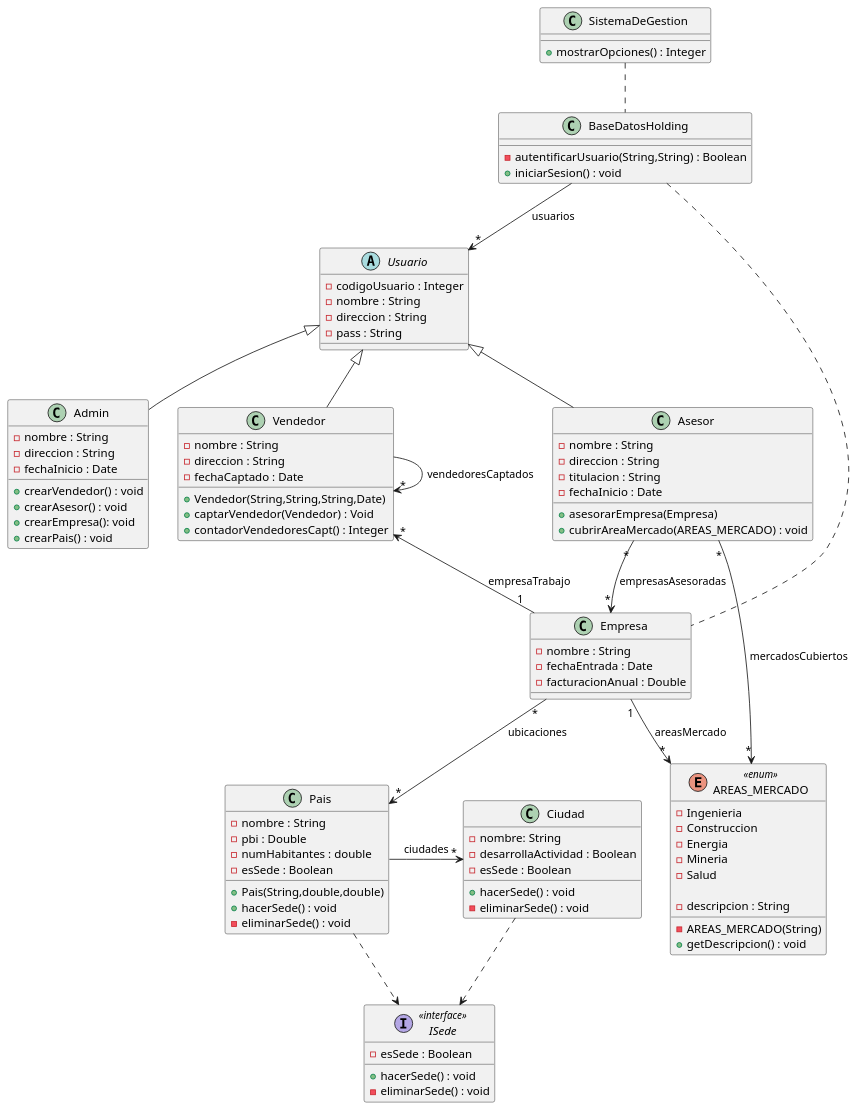
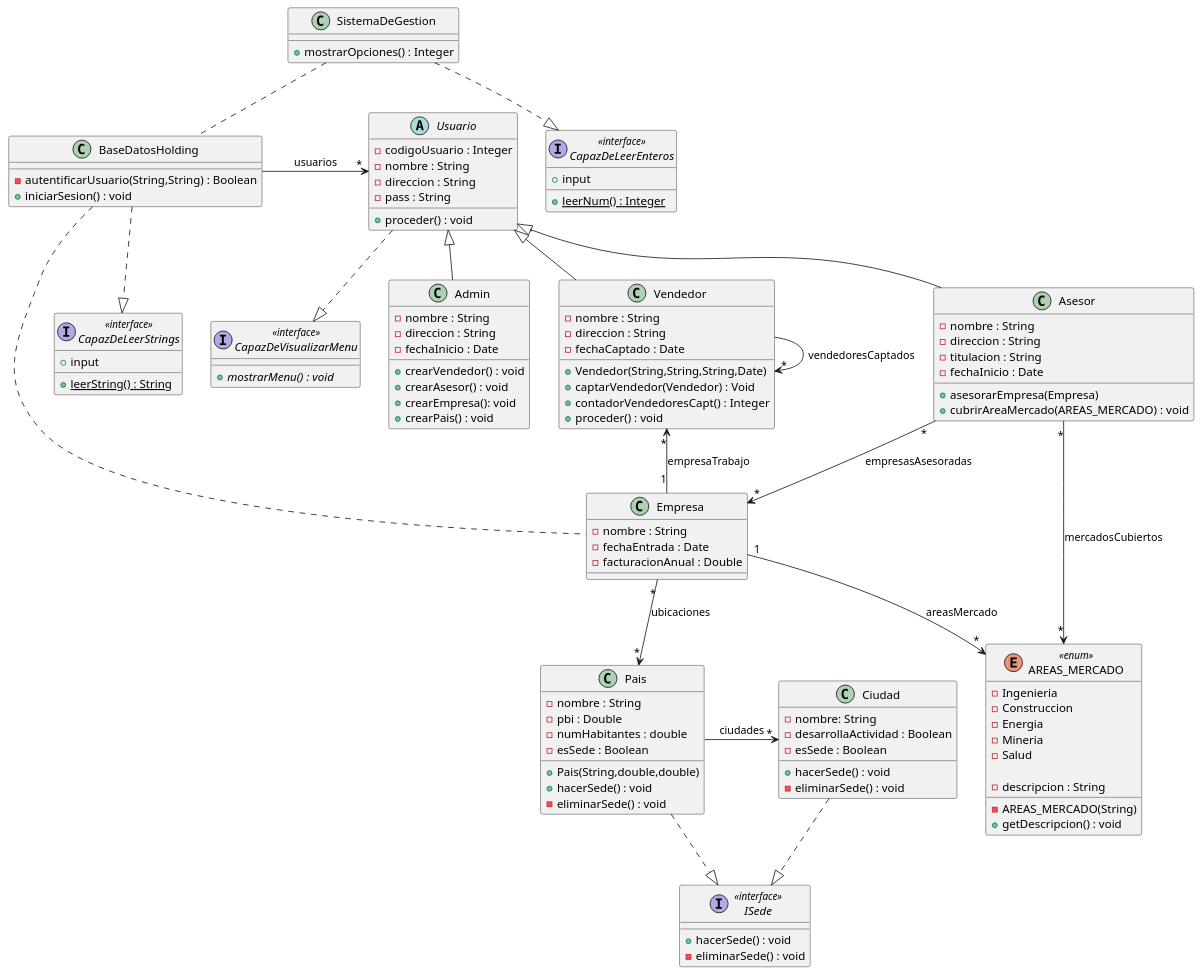
One commit to maxi-stein/Proyecto-Programacion-2 changed the diagram in proyecto-programacion2/src/holding/diagrama-de-clases.puml. Above: the diagram before and after it, drawn with PlantUML. The commit also changed 3 other files, not shown here.

Commit message:
Se agregan interfaces y modifica diagrama de clases

```diff
--- a/proyecto-programacion2/src/holding/diagrama-de-clases.puml
+++ b/proyecto-programacion2/src/holding/diagrama-de-clases.puml
@@ -1,109 +1,128 @@
 @startuml
 class SistemaDeGestion{
 +mostrarOpciones() : Integer
 }
 
 class BaseDatosHolding{
 -autentificarUsuario(String,String) : Boolean
 +iniciarSesion() : void
 }
 
 abstract Usuario{
 -codigoUsuario : Integer
 -nombre : String
 -direccion : String
 -pass : String
+
++proceder() : void
 }
 
 class Vendedor extends Usuario{
     -nombre : String
     -direccion : String
     -fechaCaptado : Date
     +Vendedor(String,String,String,Date)
     +captarVendedor(Vendedor) : Void
     +contadorVendedoresCapt() : Integer
+    +proceder() : void
 }
 
 class Empresa{
     -nombre : String
     -fechaEntrada : Date
     -facturacionAnual : Double
 
 }
 
 enum  AREAS_MERCADO <<enum>> {
     -Ingenieria
     -Construccion
     -Energia
     -Mineria
     -Salud
 
     -descripcion : String
 
     -AREAS_MERCADO(String)
     +getDescripcion() : void
 
 }
 
 class Pais{
     -nombre : String
     -pbi : Double
     -numHabitantes : double
     -esSede : Boolean
 
     +Pais(String,double,double)
     +hacerSede() : void
     -eliminarSede() : void
 }
 
 class Ciudad{
     -nombre: String
     -desarrollaActividad : Boolean
     -esSede : Boolean
 
     +hacerSede() : void
     -eliminarSede() : void
 }
 
 interface ISede <<interface>>{
-    -esSede : Boolean
     +hacerSede() : void
     -eliminarSede() : void
+}
+
+interface CapazDeLeerEnteros <<interface>>{
+    +input
+    +{static} leerNum() : Integer
+}
+
+interface CapazDeLeerStrings <<interface>>{
+    +input
+    +{static} leerString() : String
+}
+
+interface CapazDeVisualizarMenu <<interface>>{
+    +{abstract} mostrarMenu() : void
 }
 
 class Asesor extends Usuario{
 -nombre : String
 -direccion : String
 -titulacion : String
 -fechaInicio : Date
 +asesorarEmpresa(Empresa)
 +cubrirAreaMercado(AREAS_MERCADO) : void
 }
 
 class Admin extends Usuario{
 -nombre : String
 -direccion : String
 -fechaInicio : Date
 +crearVendedor() : void
 +crearAsesor() : void
 +crearEmpresa(): void
 +crearPais() : void
 
 }
 
 
 SistemaDeGestion -. BaseDatosHolding
-BaseDatosHolding --> "*"Usuario : usuarios
+SistemaDeGestion -.|> CapazDeLeerEnteros
+BaseDatosHolding -> "*"Usuario : usuarios
 BaseDatosHolding -. Empresa
+BaseDatosHolding -.|> CapazDeLeerStrings
+Usuario -.|> CapazDeVisualizarMenu
 Vendedor "*"<-- "1" Empresa : empresaTrabajo
 Vendedor -> "*" Vendedor : vendedoresCaptados
 Empresa "1"--> "*" AREAS_MERCADO : areasMercado
 Empresa "*" --> "*" Pais : ubicaciones
 Pais -> "*" Ciudad : ciudades
-Pais -.> ISede
-Ciudad -.> ISede
+Pais -.|> ISede
+Ciudad -.|> ISede
 Asesor "*"--> "*" AREAS_MERCADO : mercadosCubiertos
 Asesor "*" --> "*" Empresa : empresasAsesoradas
 
 
 @enduml
```
